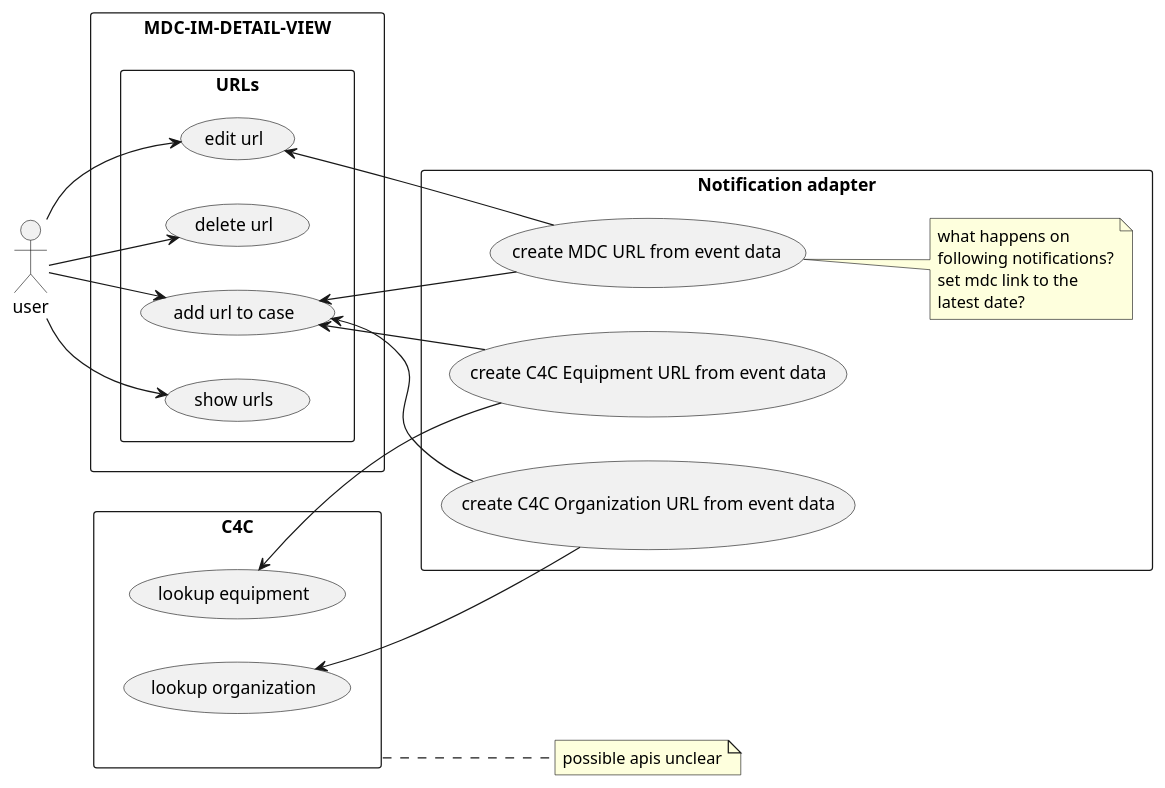
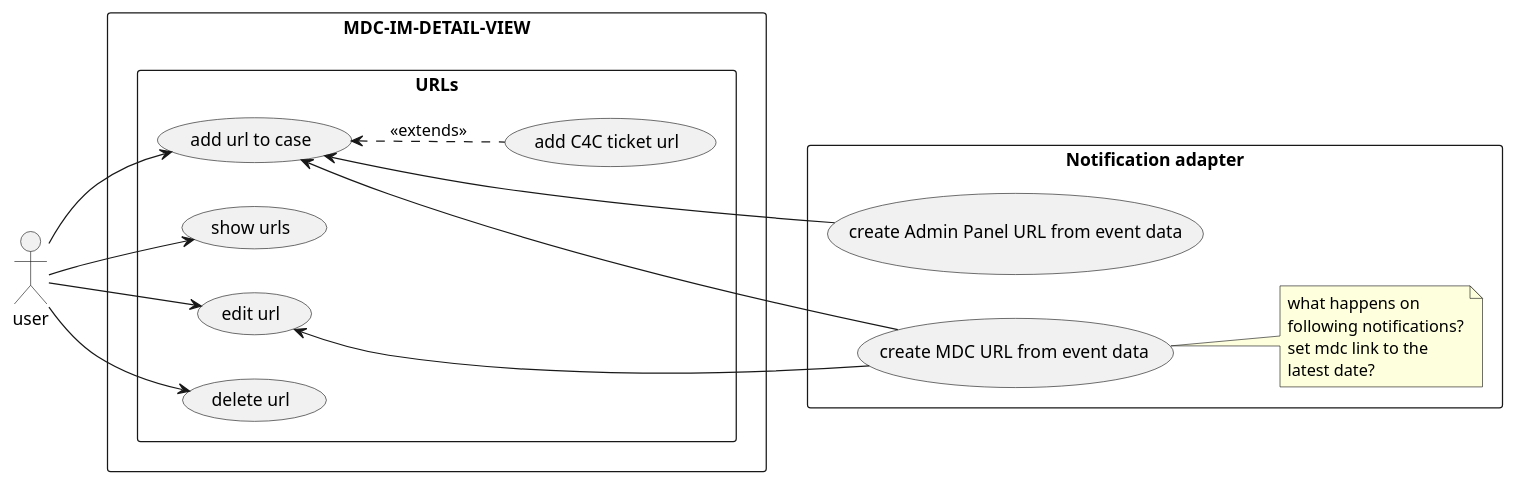
One commit to mnwk/mdc-im changed the sixth of 11 diagrams in doc/usecases/overview.md. Above: the diagram before and after it, drawn with PlantUML. The commit also changed other lines of this file and 1 other file, not shown here.

````diff
--- a/doc/usecases/overview.md
+++ b/doc/usecases/overview.md
@@ -168,51 +168,39 @@
 ```plantuml
 @startuml
 left to right direction
 actor user
 
 rectangle "MDC-IM-DETAIL-VIEW"{
     
     rectangle "URLs" {
         usecase "add url to case" as mdc_im_add_url
+        usecase "add C4C ticket url" as mdc_im_add_c4c_url
         usecase "show urls" as mdc_im_show_urls
         usecase "edit url" as mdc_im_edit_url
         usecase "delete url" as mdc_im_delete_url
+        mdc_im_add_url <..  mdc_im_add_c4c_url: <<extends>>
     }
 }
 
 rectangle "Notification adapter" as adapter{
     usecase "create MDC URL from event data" as ada_create_mdc_url
     note right
         what happens on
         following notifications?
         set mdc link to the
         latest date?
     end note
-    usecase "create C4C Equipment URL from event data" as ada_create_c4c_equip_url
-    usecase "create C4C Organization URL from event data" as ada_create_c4c_orga_url
+    usecase "create Admin Panel URL from event data" as ada_create_admin_panel_url
 }
-
-rectangle "C4C" as c4c{
-    usecase "lookup equipment" as c4c_lookup_equip
-    usecase "lookup organization" as c4c_lookup_orga
-}
-note right of c4c
-    possible apis unclear
-end note
-
-
 
 user --> mdc_im_add_url
 user --> mdc_im_show_urls
 user --> mdc_im_edit_url
 user --> mdc_im_delete_url
 
-c4c_lookup_equip <-- ada_create_c4c_equip_url
-c4c_lookup_orga <-- ada_create_c4c_orga_url
-mdc_im_add_url <-- ada_create_mdc_url
-mdc_im_edit_url <-- ada_create_mdc_url
-mdc_im_add_url <-- ada_create_c4c_equip_url
-mdc_im_add_url <-- ada_create_c4c_orga_url
+mdc_im_add_url <--- ada_create_admin_panel_url
+mdc_im_add_url <--- ada_create_mdc_url
+mdc_im_edit_url <--- ada_create_mdc_url
 
 @enduml
 ```
````
